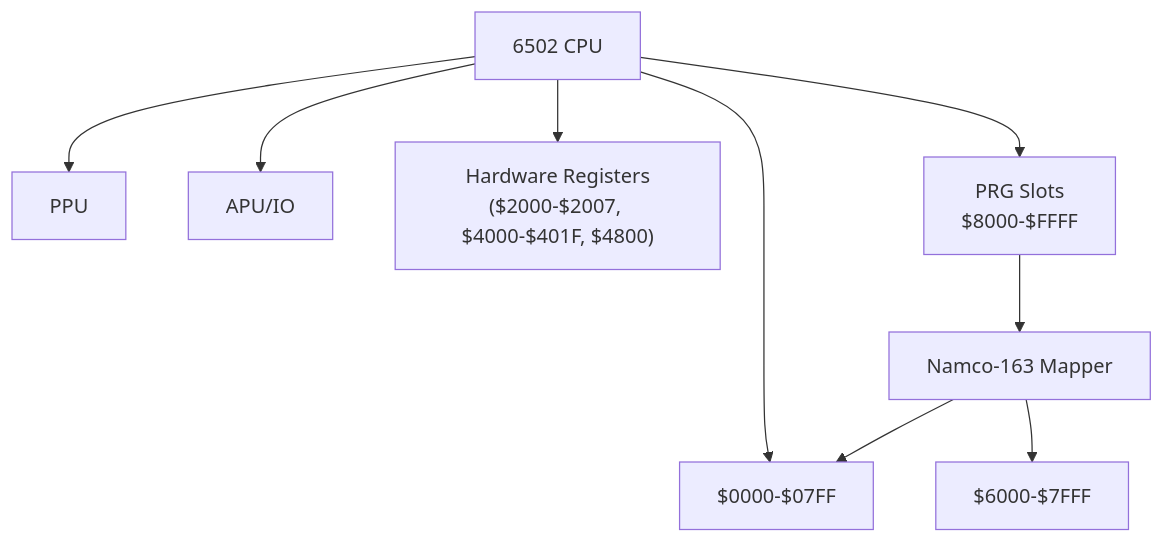
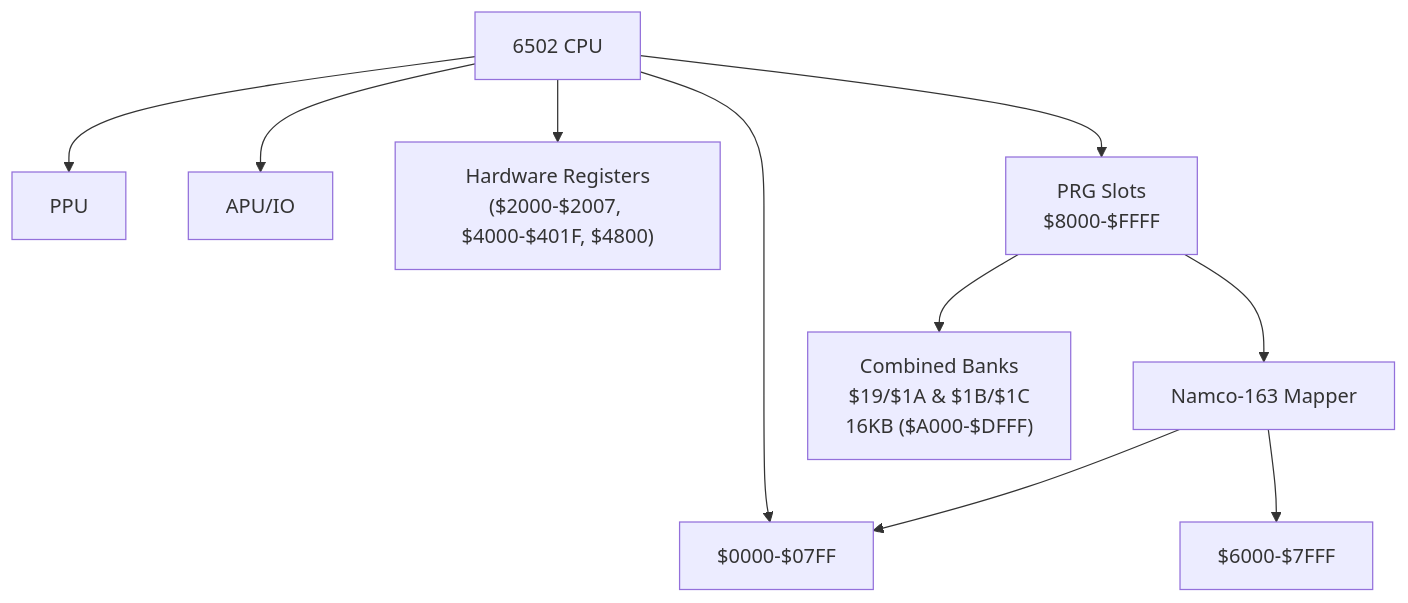
One commit to rabbyzero/sango2dasm changed the second of 5 diagrams in .qoder/repowiki/en/content/Project Overview/Memory Map and Hardware.md. Above: the diagram before and after it, drawn with Mermaid. The commit also changed other lines of this file and 11 other files, not shown here.

````diff
--- a/.qoder/repowiki/en/content/Project Overview/Memory Map and Hardware.md
+++ b/.qoder/repowiki/en/content/Project Overview/Memory Map and Hardware.md
@@ -85,19 +98,21 @@
 ```mermaid
 graph TB
 CPU["6502 CPU"]
 PPU["PPU"]
 APU["APU/IO"]
 MAPPER["Namco-163 Mapper"]
 REGS["Hardware Registers<br/>($2000-$2007, $4000-$401F, $4800)"]
 RAM["$0000-$07FF"]
 SRAM["$6000-$7FFF"]
 SLOTS["PRG Slots<br/>$8000-$FFFF"]
+COMBINED["Combined Banks<br/>$19/$1A & $1B/$1C<br/>16KB ($A000-$DFFF)"]
 CPU --> RAM
 CPU --> REGS
 CPU --> SLOTS
 SLOTS --> MAPPER
 MAPPER --> RAM
 MAPPER --> SRAM
 CPU --> PPU
 CPU --> APU
+SLOTS --> COMBINED
 ```
````
